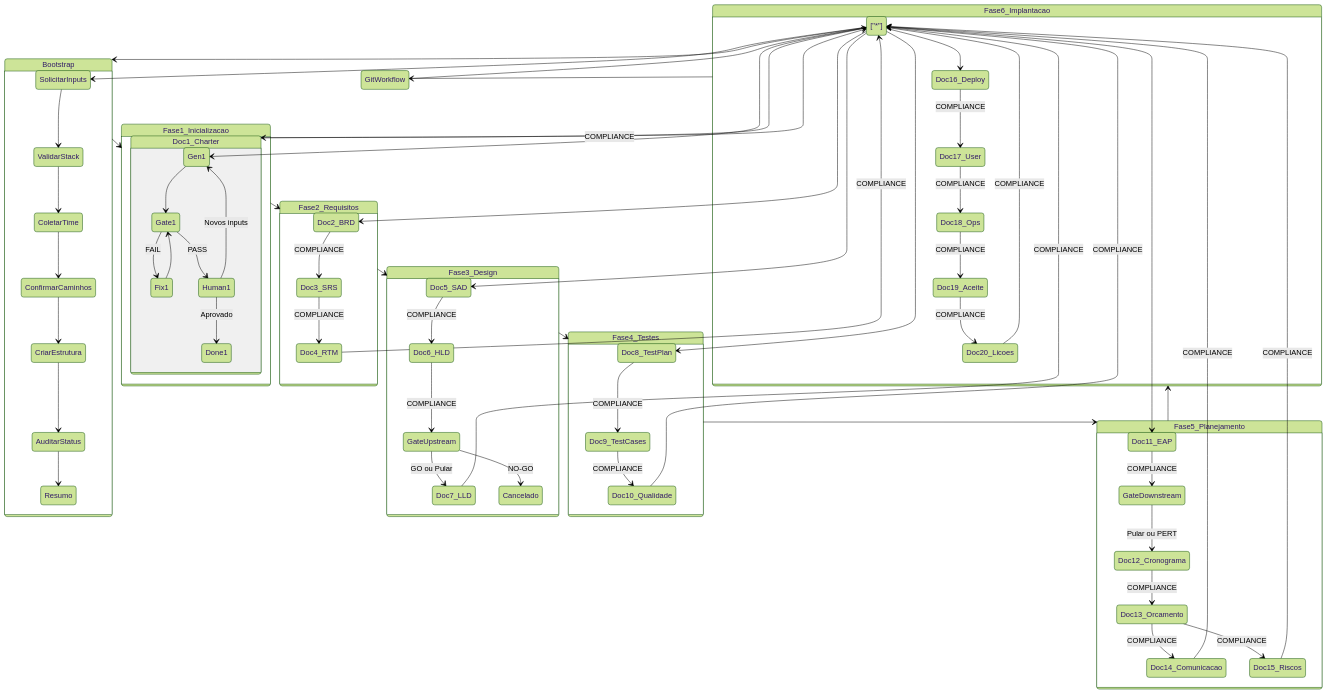
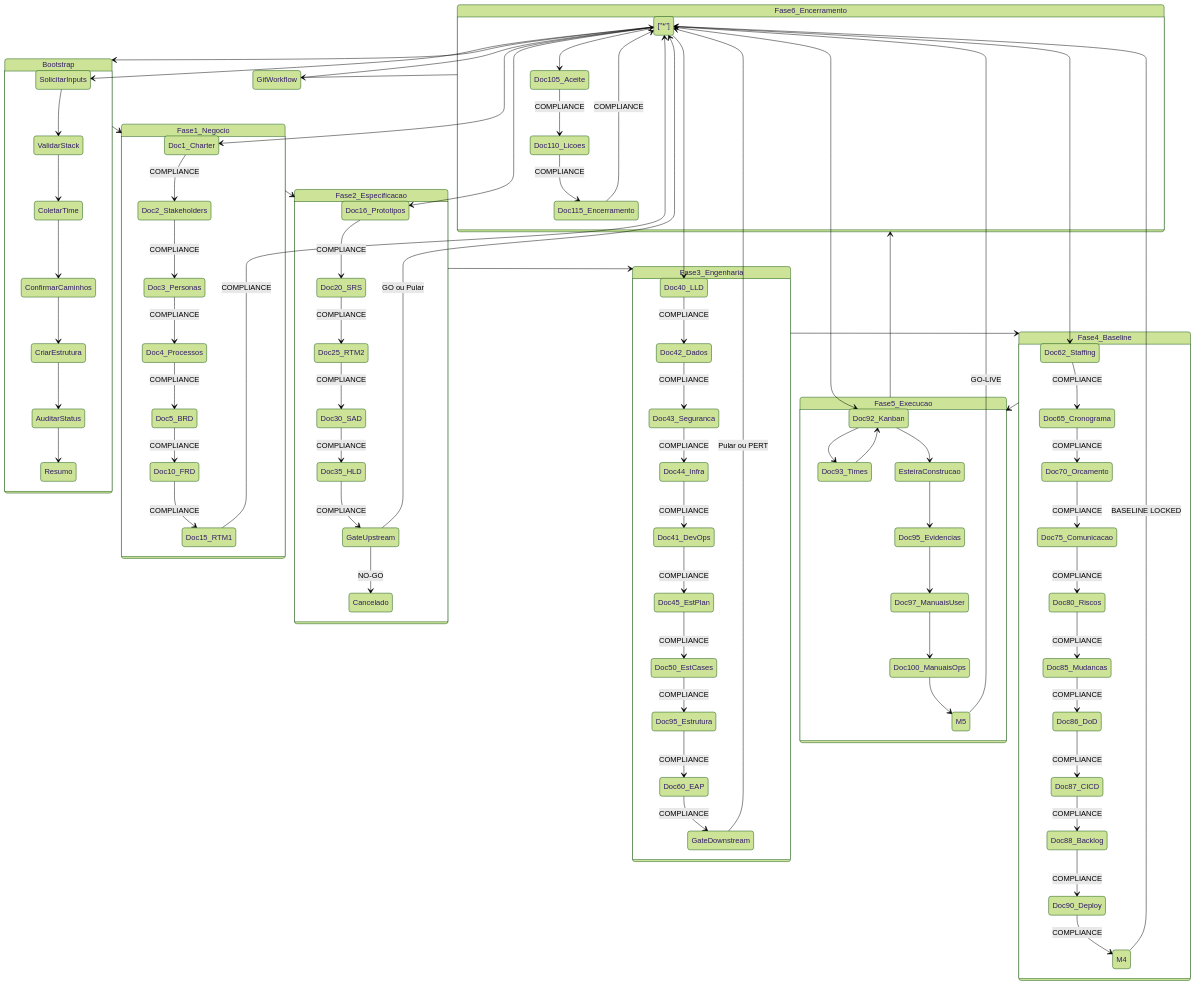
Before and after one commit to bolismar69/workspace-fbso: the tenth of 11 diagrams in .specs/prompts/project-documents-waterfall/FLOWCHART-PROMPT-ROADMAP-GENERATE-PROJECT-DOCUMENTS-WATERFALL.md, drawn with Mermaid (forest theme). The commit also changed other lines of this file, not shown here.

First line of the commit message:
docs: flowchart do roadmap WATERFALL v3.0 — 6 fases, 38 documentos

````diff
--- a/.specs/prompts/project-documents-waterfall/FLOWCHART-PROMPT-ROADMAP-GENERATE-PROJECT-DOCUMENTS-WATERFALL.md
+++ b/.specs/prompts/project-documents-waterfall/FLOWCHART-PROMPT-ROADMAP-GENERATE-PROJECT-DOCUMENTS-WATERFALL.md
@@ -604,75 +784,88 @@
         AuditarStatus --> Resumo
     }
 
-    Bootstrap --> Fase1_Inicializacao
+    Bootstrap --> Fase1_Negocio
 
-    state Fase1_Inicializacao {
+    state Fase1_Negocio {
         ["*"] --> Doc1_Charter
-        state Doc1_Charter {
-            ["*"] --> Gen1
-            Gen1 --> Gate1
-            Gate1 --> Fix1: FAIL
-            Fix1 --> Gate1
-            Gate1 --> Human1: PASS
-            Human1 --> Gen1: Novos inputs
-            Human1 --> Done1: Aprovado
-        }
-        Doc1_Charter --> ["*"]: COMPLIANCE
+        Doc1_Charter --> Doc2_Stakeholders: COMPLIANCE
+        Doc2_Stakeholders --> Doc3_Personas: COMPLIANCE
+        Doc3_Personas --> Doc4_Processos: COMPLIANCE
+        Doc4_Processos --> Doc5_BRD: COMPLIANCE
+        Doc5_BRD --> Doc10_FRD: COMPLIANCE
+        Doc10_FRD --> Doc15_RTM1: COMPLIANCE
+        Doc15_RTM1 --> ["*"]: COMPLIANCE
     }
 
-    Fase1_Inicializacao --> Fase2_Requisitos
+    Fase1_Negocio --> Fase2_Especificacao
 
-    state Fase2_Requisitos {
-        ["*"] --> Doc2_BRD
-        Doc2_BRD --> Doc3_SRS: COMPLIANCE
-        Doc3_SRS --> Doc4_RTM: COMPLIANCE
-        Doc4_RTM --> ["*"]: COMPLIANCE
+    state Fase2_Especificacao {
+        ["*"] --> Doc16_Prototipos
+        Doc16_Prototipos --> Doc20_SRS: COMPLIANCE
+        Doc20_SRS --> Doc25_RTM2: COMPLIANCE
+        Doc25_RTM2 --> Doc30_SAD: COMPLIANCE
+        Doc30_SAD --> Doc35_HLD: COMPLIANCE
+        Doc35_HLD --> GateUpstream: COMPLIANCE
+        GateUpstream --> ["*"]: GO ou Pular
+        GateUpstream --> Cancelado: NO-GO
     }
 
-    Fase2_Requisitos --> Fase3_Design
+    Fase2_Especificacao --> Fase3_Engenharia
 
-    state Fase3_Design {
-        ["*"] --> Doc5_SAD
-        Doc5_SAD --> Doc6_HLD: COMPLIANCE
-        Doc6_HLD --> GateUpstream: COMPLIANCE
-        GateUpstream --> Doc7_LLD: GO ou Pular
-        GateUpstream --> Cancelado: NO-GO
-        Doc7_LLD --> ["*"]: COMPLIANCE
+    state Fase3_Engenharia {
+        ["*"] --> Doc40_LLD
+        Doc40_LLD --> Doc42_Dados: COMPLIANCE
+        Doc42_Dados --> Doc43_Seguranca: COMPLIANCE
+        Doc43_Seguranca --> Doc44_Infra: COMPLIANCE
+        Doc44_Infra --> Doc41_DevOps: COMPLIANCE
+        Doc41_DevOps --> Doc45_EstPlan: COMPLIANCE
+        Doc45_EstPlan --> Doc50_EstCases: COMPLIANCE
+        Doc50_EstCases --> Doc95_Estrutura: COMPLIANCE
+        Doc95_Estrutura --> Doc60_EAP: COMPLIANCE
+        Doc60_EAP --> GateDownstream: COMPLIANCE
+        GateDownstream --> ["*"]: Pular ou PERT
     }
 
-    Fase3_Design --> Fase4_Testes
+    Fase3_Engenharia --> Fase4_Baseline
 
-    state Fase4_Testes {
-        ["*"] --> Doc8_TestPlan
-        Doc8_TestPlan --> Doc9_TestCases: COMPLIANCE
-        Doc9_TestCases --> Doc10_Qualidade: COMPLIANCE
-        Doc10_Qualidade --> ["*"]: COMPLIANCE
+    state Fase4_Baseline {
+        ["*"] --> Doc62_Staffing
+        Doc62_Staffing --> Doc65_Cronograma: COMPLIANCE
+        Doc65_Cronograma --> Doc70_Orcamento: COMPLIANCE
+        Doc70_Orcamento --> Doc75_Comunicacao: COMPLIANCE
+        Doc75_Comunicacao --> Doc80_Riscos: COMPLIANCE
+        Doc80_Riscos --> Doc85_Mudancas: COMPLIANCE
+        Doc85_Mudancas --> Doc86_DoD: COMPLIANCE
+        Doc86_DoD --> Doc87_CICD: COMPLIANCE
+        Doc87_CICD --> Doc88_Backlog: COMPLIANCE
+        Doc88_Backlog --> Doc90_Deploy: COMPLIANCE
+        Doc90_Deploy --> M4: COMPLIANCE
+        M4 --> ["*"]: BASELINE LOCKED
     }
 
-    Fase4_Testes --> Fase5_Planejamento
+    Fase4_Baseline --> Fase5_Execucao
 
-    state Fase5_Planejamento {
-        ["*"] --> Doc11_EAP
-        Doc11_EAP --> GateDownstream: COMPLIANCE
-        GateDownstream --> Doc12_Cronograma: Pular ou PERT
-        Doc12_Cronograma --> Doc13_Orcamento: COMPLIANCE
-        Doc13_Orcamento --> Doc14_Comunicacao: COMPLIANCE
-        Doc13_Orcamento --> Doc15_Riscos: COMPLIANCE
-        Doc14_Comunicacao --> ["*"]: COMPLIANCE
-        Doc15_Riscos --> ["*"]: COMPLIANCE
+    state Fase5_Execucao {
+        ["*"] --> Doc92_Kanban
+        Doc92_Kanban --> Doc93_Times
+        Doc93_Times --> Doc92_Kanban
+        Doc92_Kanban --> EsteiraConstrucao
+        EsteiraConstrucao --> Doc95_Evidencias
+        Doc95_Evidencias --> Doc97_ManuaisUser
+        Doc97_ManuaisUser --> Doc100_ManuaisOps
+        Doc100_ManuaisOps --> M5
+        M5 --> ["*"]: GO-LIVE
     }
 
-    Fase5_Planejamento --> Fase6_Implantacao
+    Fase5_Execucao --> Fase6_Encerramento
 
-    state Fase6_Implantacao {
-        ["*"] --> Doc16_Deploy
-        Doc16_Deploy --> Doc17_User: COMPLIANCE
-        Doc17_User --> Doc18_Ops: COMPLIANCE
-        Doc18_Ops --> Doc19_Aceite: COMPLIANCE
-        Doc19_Aceite --> Doc20_Licoes: COMPLIANCE
-        Doc20_Licoes --> ["*"]: COMPLIANCE
+    state Fase6_Encerramento {
+        ["*"] --> Doc105_Aceite
+        Doc105_Aceite --> Doc110_Licoes: COMPLIANCE
+        Doc110_Licoes --> Doc115_Encerramento: COMPLIANCE
+        Doc115_Encerramento --> ["*"]: COMPLIANCE
     }
 
-    Fase6_Implantacao --> GitWorkflow
+    Fase6_Encerramento --> GitWorkflow
     GitWorkflow --> ["*"]
 ```
````
